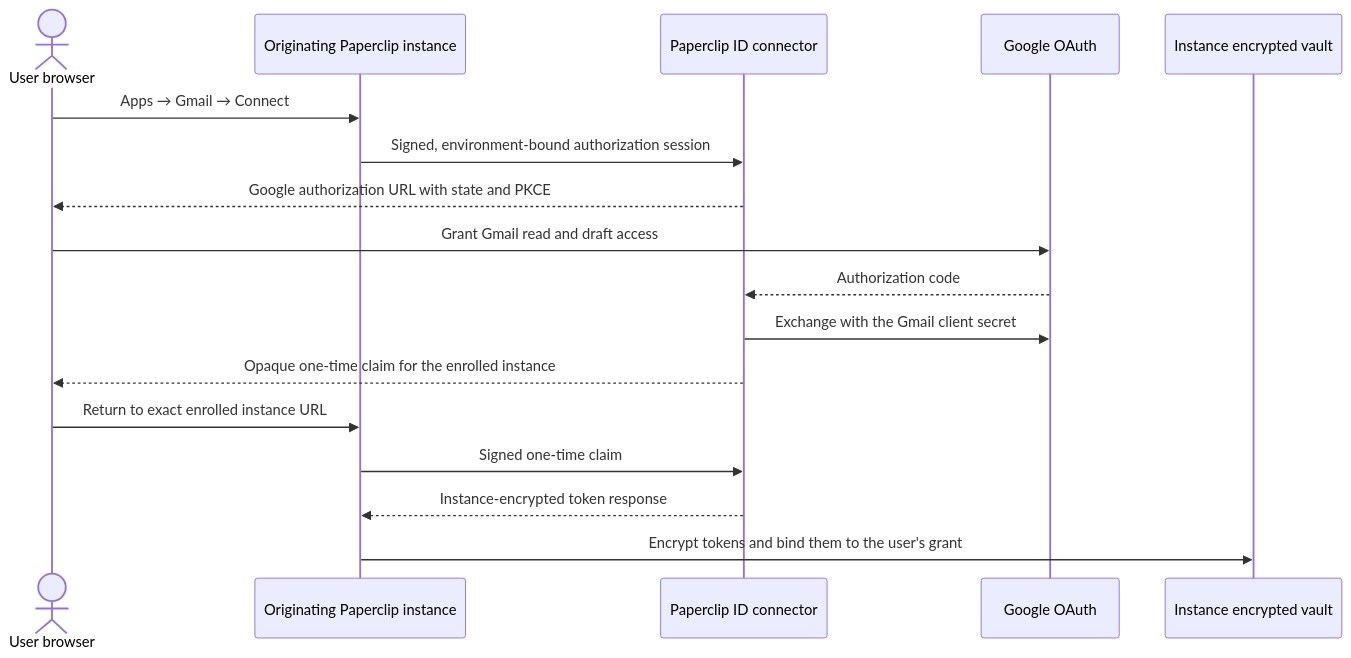
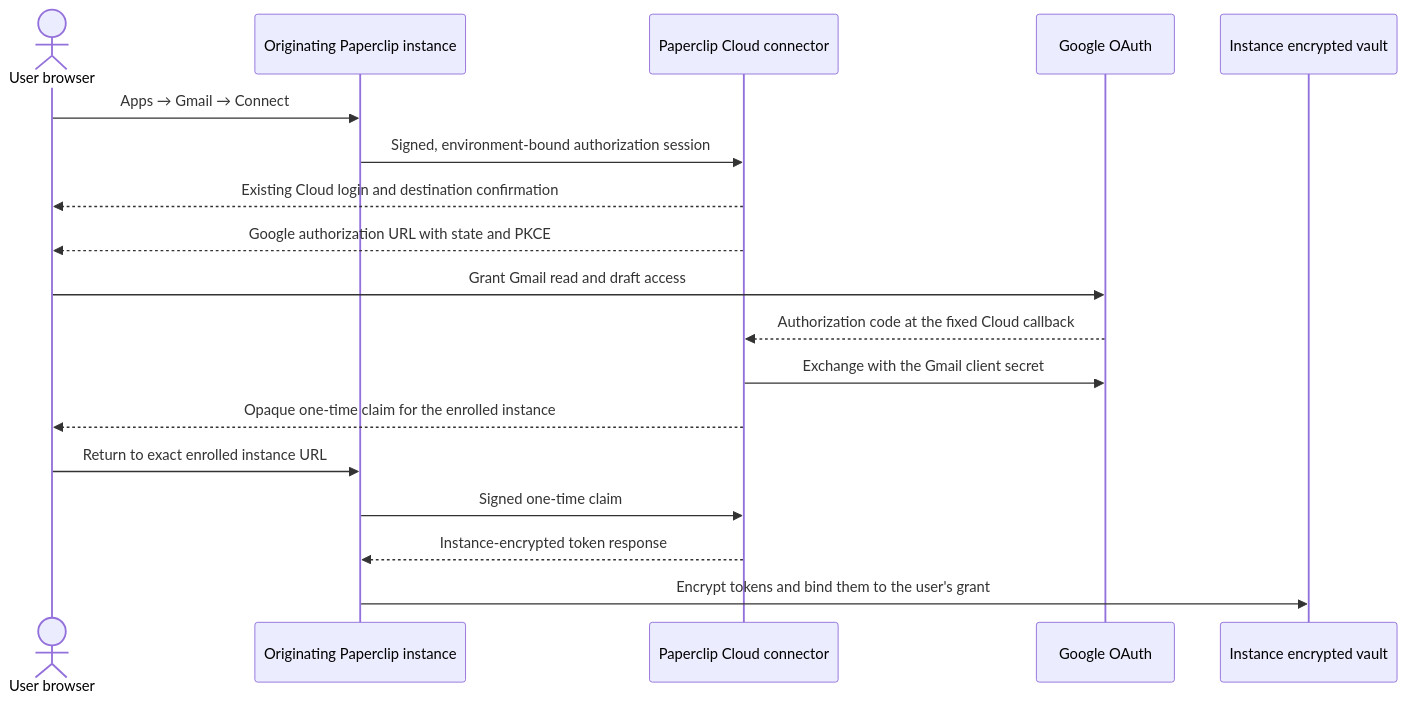
Before and after one commit to Antman1526/paperclip: the diagram in doc/connections/GMAIL.md, drawn with Mermaid. The commit also changed other lines of this file and 31 other files, not shown here.

First line of the commit message:
feat(apps): add Paperclip Cloud managed OAuth connector (#12600)

````diff
--- a/doc/connections/GMAIL.md
+++ b/doc/connections/GMAIL.md
@@ -209,20 +201,21 @@
 ```mermaid
 sequenceDiagram
     actor U as User browser
     participant P as Originating Paperclip instance
-    participant I as Paperclip ID connector
+    participant C as Paperclip Cloud connector
     participant G as Google OAuth
     participant V as Instance encrypted vault
 
     U->>P: Apps → Gmail → Connect
-    P->>I: Signed, environment-bound authorization session
-    I-->>U: Google authorization URL with state and PKCE
+    P->>C: Signed, environment-bound authorization session
+    C-->>U: Existing Cloud login and destination confirmation
+    C-->>U: Google authorization URL with state and PKCE
     U->>G: Grant Gmail read and draft access
-    G-->>I: Authorization code
-    I->>G: Exchange with the Gmail client secret
-    I-->>U: Opaque one-time claim for the enrolled instance
+    G-->>C: Authorization code at the fixed Cloud callback
+    C->>G: Exchange with the Gmail client secret
+    C-->>U: Opaque one-time claim for the enrolled instance
     U->>P: Return to exact enrolled instance URL
-    P->>I: Signed one-time claim
-    I-->>P: Instance-encrypted token response
+    P->>C: Signed one-time claim
+    C-->>P: Instance-encrypted token response
     P->>V: Encrypt tokens and bind them to the user's grant
 ```
````
